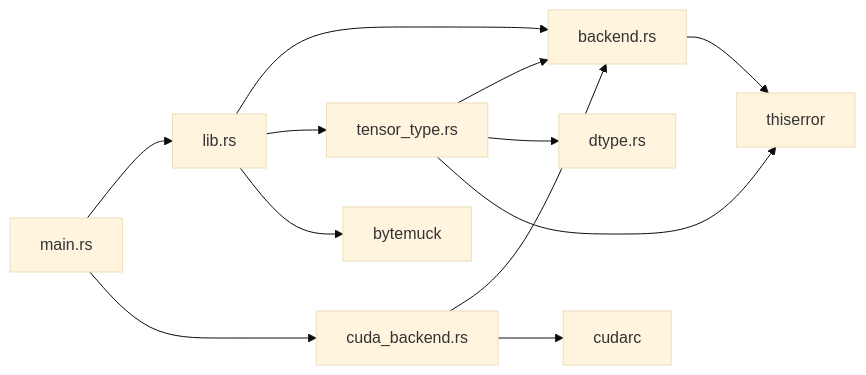
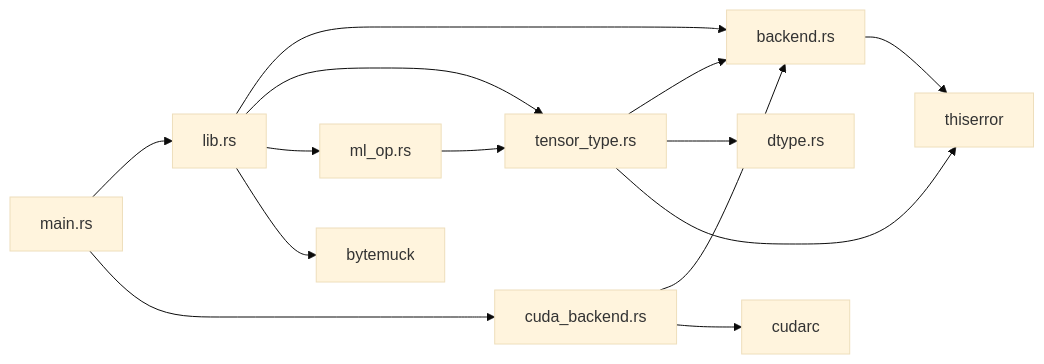
The second of 4 diagrams in docs/architecture.md (vansweej/graphynx), drawn with Mermaid (base theme) before and after one commit. The commit also changed other lines of this file and 4 other files, not shown here.

````diff
--- a/docs/architecture.md
+++ b/docs/architecture.md
@@ -57,14 +61,16 @@
 ```mermaid
 graph LR
     main["main.rs"] --> lib["lib.rs"]
     main --> cuda_backend["cuda_backend.rs"]
     lib --> backend["backend.rs"]
     lib --> tensor_type["tensor_type.rs"]
+    lib --> ml_op["ml_op.rs"]
     tensor_type --> backend
     tensor_type --> dtype["dtype.rs"]
+    ml_op --> tensor_type
     cuda_backend --> backend
     lib --> bytemuck
     cuda_backend --> cudarc
     backend --> thiserror
     tensor_type --> thiserror
 ```
````
